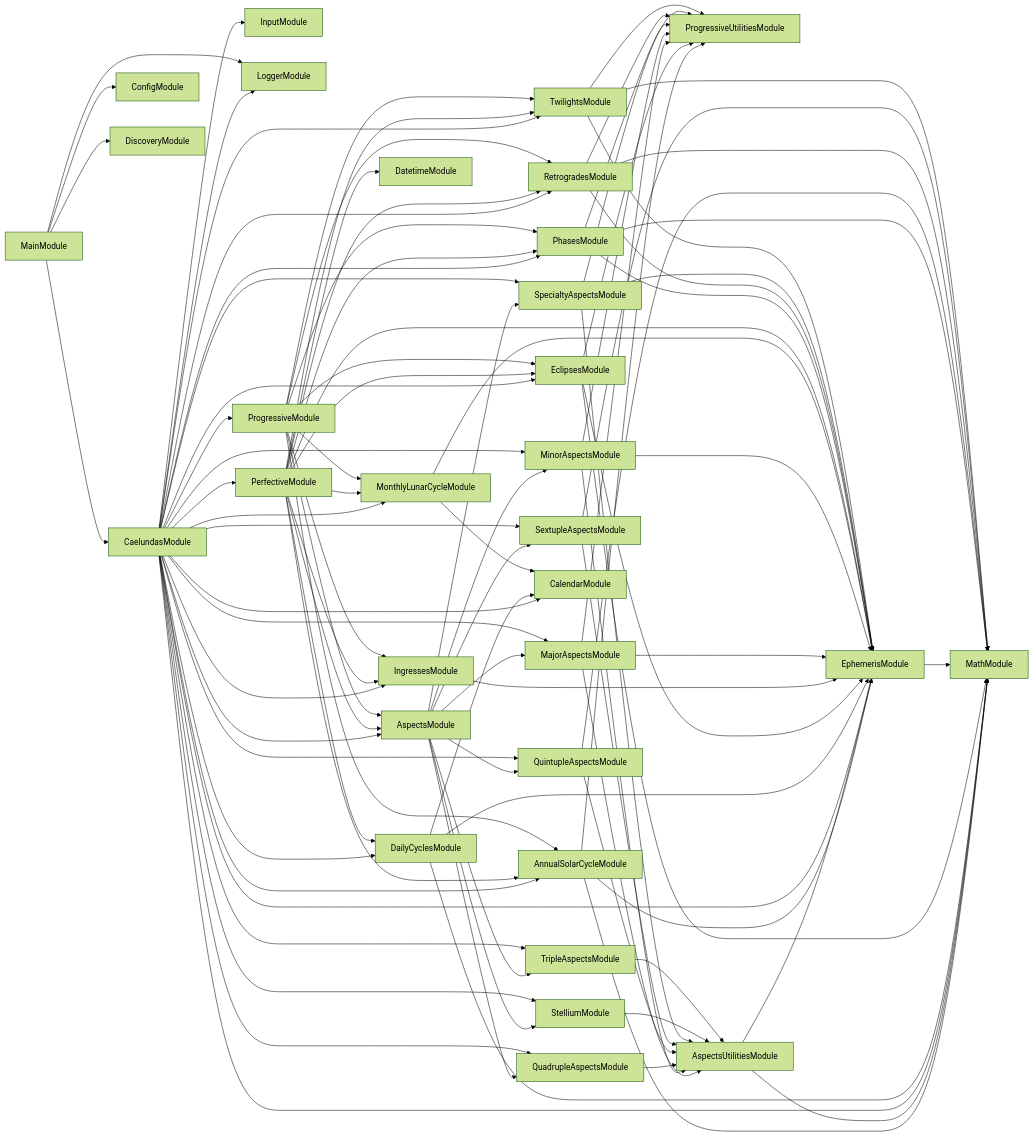
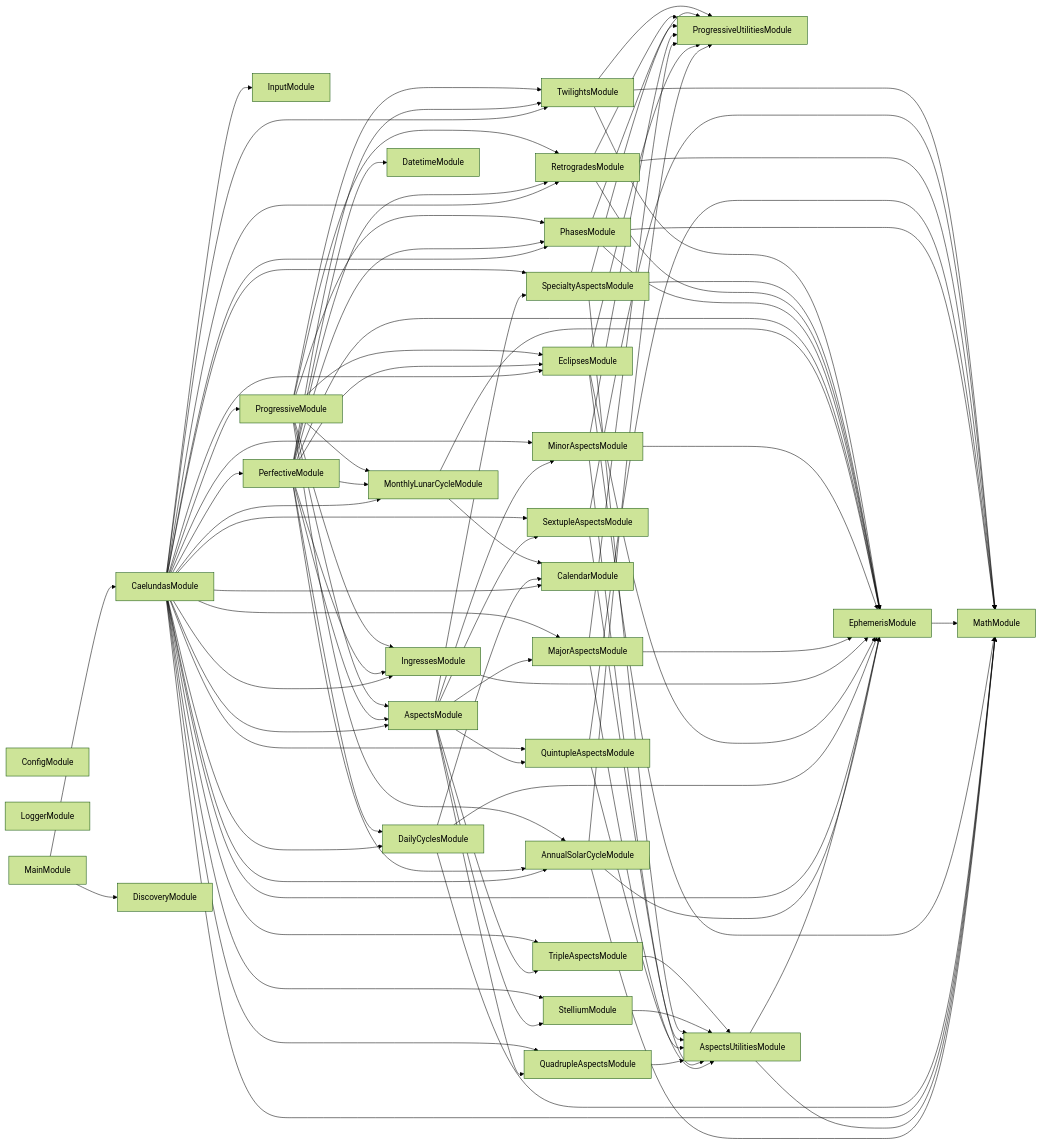
Before and after one commit to JimmyPaolini/codebase: the diagram in applications/caelundas/AGENTS.md, drawn with Mermaid (forest theme). The commit also changed other lines of this file and 68 other files, not shown here.

Commit message:
feat(synchronization): ✨ graph every nestjs project through spelunker preview mode

````diff
--- a/applications/caelundas/AGENTS.md
+++ b/applications/caelundas/AGENTS.md
@@ -95,5 +95,7 @@
 ```mermaid
 flowchart LR
+  ConfigModule
+  LoggerModule
   AnnualSolarCycleModule --> EphemerisModule
   AnnualSolarCycleModule --> MathModule
   AnnualSolarCycleModule --> ProgressiveUtilitiesModule
@@ -115,7 +117,6 @@
   CaelundasModule --> EphemerisModule
   CaelundasModule --> IngressesModule
   CaelundasModule --> InputModule
-  CaelundasModule --> LoggerModule
   CaelundasModule --> MajorAspectsModule
   CaelundasModule --> MathModule
   CaelundasModule --> MinorAspectsModule
@@ -140,9 +141,7 @@
   EphemerisModule --> MathModule
   IngressesModule --> EphemerisModule
   MainModule --> CaelundasModule
-  MainModule --> ConfigModule
   MainModule --> DiscoveryModule
-  MainModule --> LoggerModule
   MajorAspectsModule --> AspectsUtilitiesModule
   MajorAspectsModule --> EphemerisModule
   MajorAspectsModule --> ProgressiveUtilitiesModule
````
